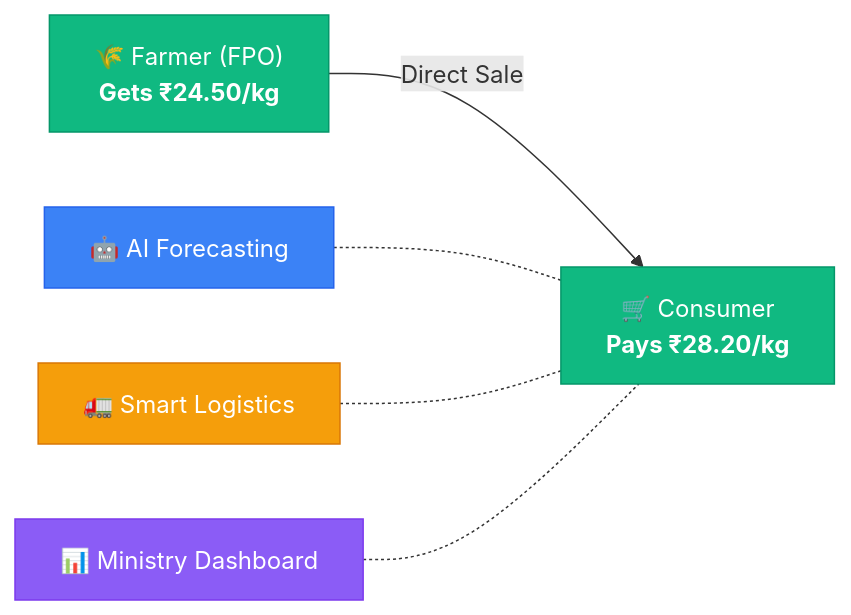
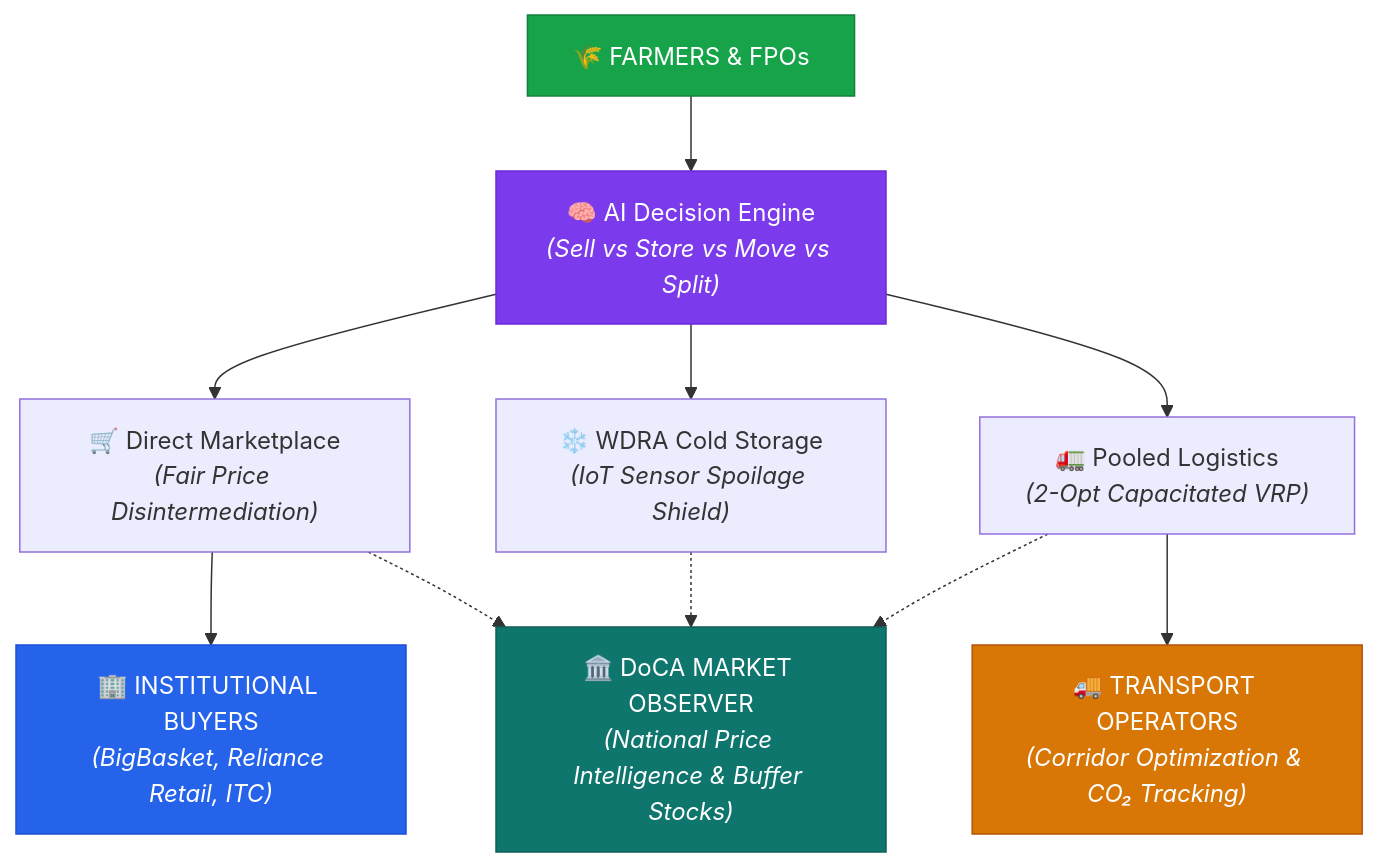
One commit to killerdaku22/Team-Catalyst changed the second of 4 diagrams in README.md. Above: the diagram before and after it, drawn with Mermaid. The commit also changed other lines of this file, not shown here.

````diff
--- a/README.md
+++ b/README.md
@@ -86,14 +85,20 @@
 ```mermaid
-graph LR
-    A["🌾 Farmer (FPO)<br/><b>Gets ₹24.50/kg</b>"] -- "Direct Sale" --> B["🛒 Consumer<br/><b>Pays ₹28.20/kg</b>"]
+graph TB
+    F["🌾 FARMERS & FPOs"] --> DE["🧠 AI Decision Engine<br/><i>(Sell vs Store vs Move vs Split)</i>"]
+    DE --> MP["🛒 Direct Marketplace<br/><i>(Fair Price Disintermediation)</i>"]
+    DE --> CS["❄️ WDRA Cold Storage<br/><i>(IoT Sensor Spoilage Shield)</i>"]
+    DE --> VRP["🚛 Pooled Logistics<br/><i>(2-Opt Capacitated VRP)</i>"]
     
-    C["🤖 AI Forecasting"] -.- B
-    D["🚛 Smart Logistics"] -.- B
-    E["📊 Ministry Dashboard"] -.- B
+    MP --> B["🏢 INSTITUTIONAL BUYERS<br/><i>(BigBasket, Reliance Retail, ITC)</i>"]
+    VRP --> T["🚚 TRANSPORT OPERATORS<br/><i>(Corridor Optimization & CO₂ Tracking)</i>"]
     
-    style A fill:#10b981,stroke:#059669,color:#fff
-    style B fill:#10b981,stroke:#059669,color:#fff
-    style C fill:#3b82f6,stroke:#2563eb,color:#fff
-    style D fill:#f59e0b,stroke:#d97706,color:#fff
-    style E fill:#8b5cf6,stroke:#7c3aed,color:#fff
+    MP -.-> GOVT["🏛️ DoCA MARKET OBSERVER<br/><i>(National Price Intelligence & Buffer Stocks)</i>"]
+    CS -.-> GOVT
+    VRP -.-> GOVT
+    
+    style F fill:#16a34a,stroke:#15803d,color:#fff
+    style B fill:#2563eb,stroke:#1d4ed8,color:#fff
+    style T fill:#d97706,stroke:#b45309,color:#fff
+    style GOVT fill:#0f766e,stroke:#115e59,color:#fff
+    style DE fill:#7c3aed,stroke:#6d28d9,color:#fff
 ```
````
